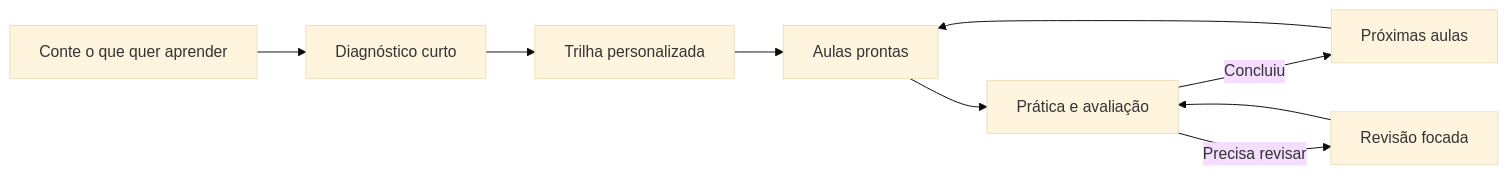
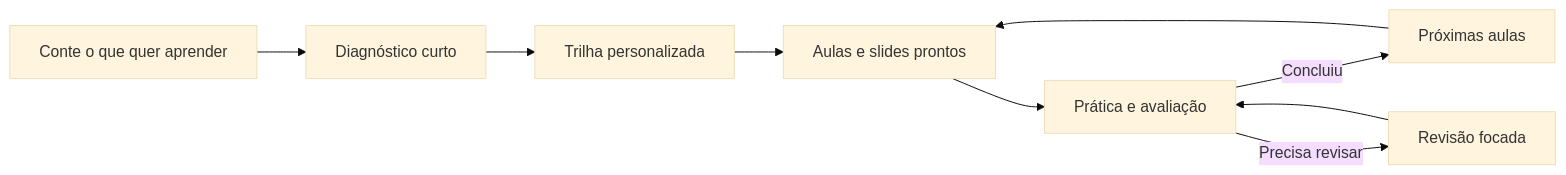
Before and after one commit to diegomoura/open-study-path: the diagram in README.md, drawn with Mermaid (base theme). The commit also changed other lines of this file and 24 other files, not shown here.

````diff
--- a/README.md
+++ b/README.md
@@ -100,11 +101,11 @@
 ```mermaid
 flowchart LR
     I[Conte o que quer aprender] --> D[Diagnóstico curto]
     D --> R[Trilha personalizada]
-    R --> A[Aulas prontas]
+    R --> A[Aulas e slides prontos]
     A --> P[Prática e avaliação]
     P -->|Concluiu| N[Próximas aulas]
     P -->|Precisa revisar| V[Revisão focada]
     V --> P
     N --> A
 ```
````
